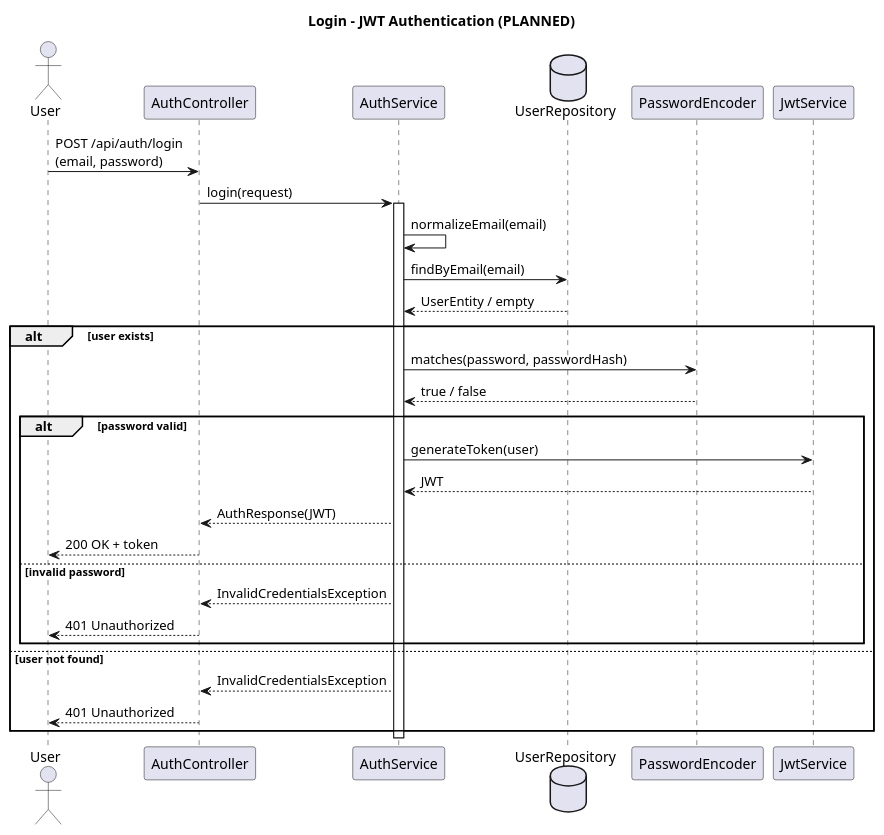
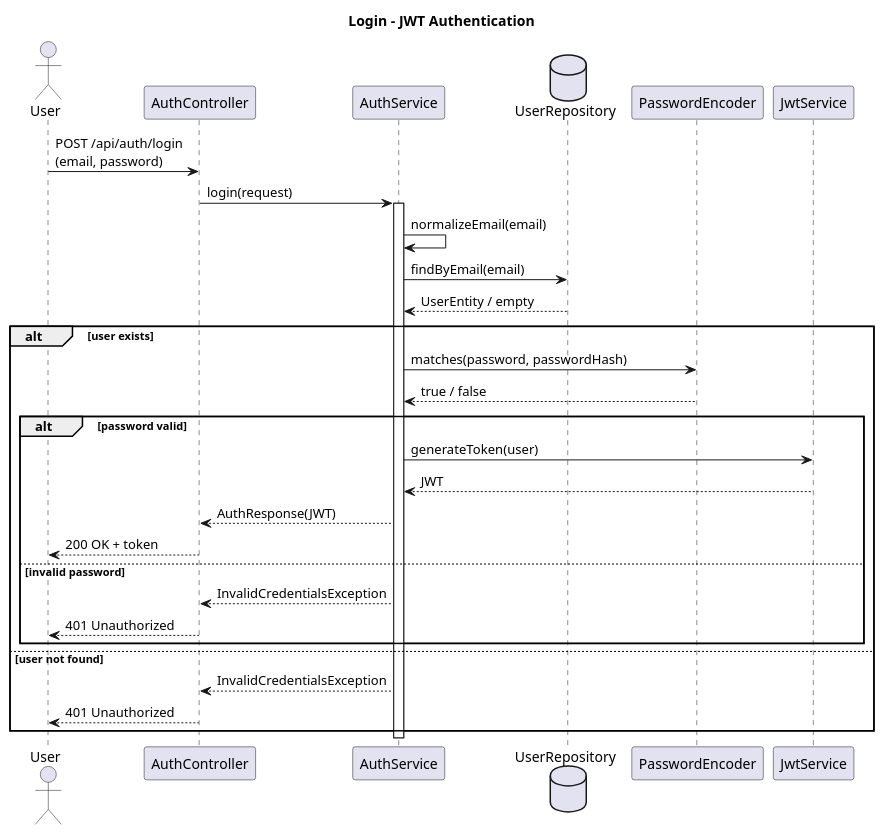
The diagram in docs/sequence/login.puml (Dare2510/Digital-Banking-API), drawn with PlantUML before and after one commit. The commit also changed 7 other files, not shown here.

```diff
--- a/docs/sequence/login.puml
+++ b/docs/sequence/login.puml
@@ -2,52 +2,52 @@
 @startuml
 
-title Login - JWT Authentication (PLANNED)
+title Login - JWT Authentication
 
 actor User
 
 participant AuthController
 participant AuthService
 database UserRepository
 participant PasswordEncoder
 participant JwtService
 
 User -> AuthController : POST /api/auth/login\n(email, password)
 AuthController -> AuthService : login(request)
 
 activate AuthService
 
 AuthService -> AuthService : normalizeEmail(email)
 
 AuthService -> UserRepository : findByEmail(email)
 UserRepository --> AuthService : UserEntity / empty
 
 alt user exists
 
     AuthService -> PasswordEncoder : matches(password, passwordHash)
     PasswordEncoder --> AuthService : true / false
 
     alt password valid
 
         AuthService -> JwtService : generateToken(user)
         JwtService --> AuthService : JWT
 
         AuthService --> AuthController : AuthResponse(JWT)
         AuthController --> User : 200 OK + token
 
     else invalid password
 
         AuthService --> AuthController : InvalidCredentialsException
         AuthController --> User : 401 Unauthorized
 
     end
 
 else user not found
 
     AuthService --> AuthController : InvalidCredentialsException
     AuthController --> User : 401 Unauthorized
 
 end
 
 deactivate AuthService
 
 @enduml
```
